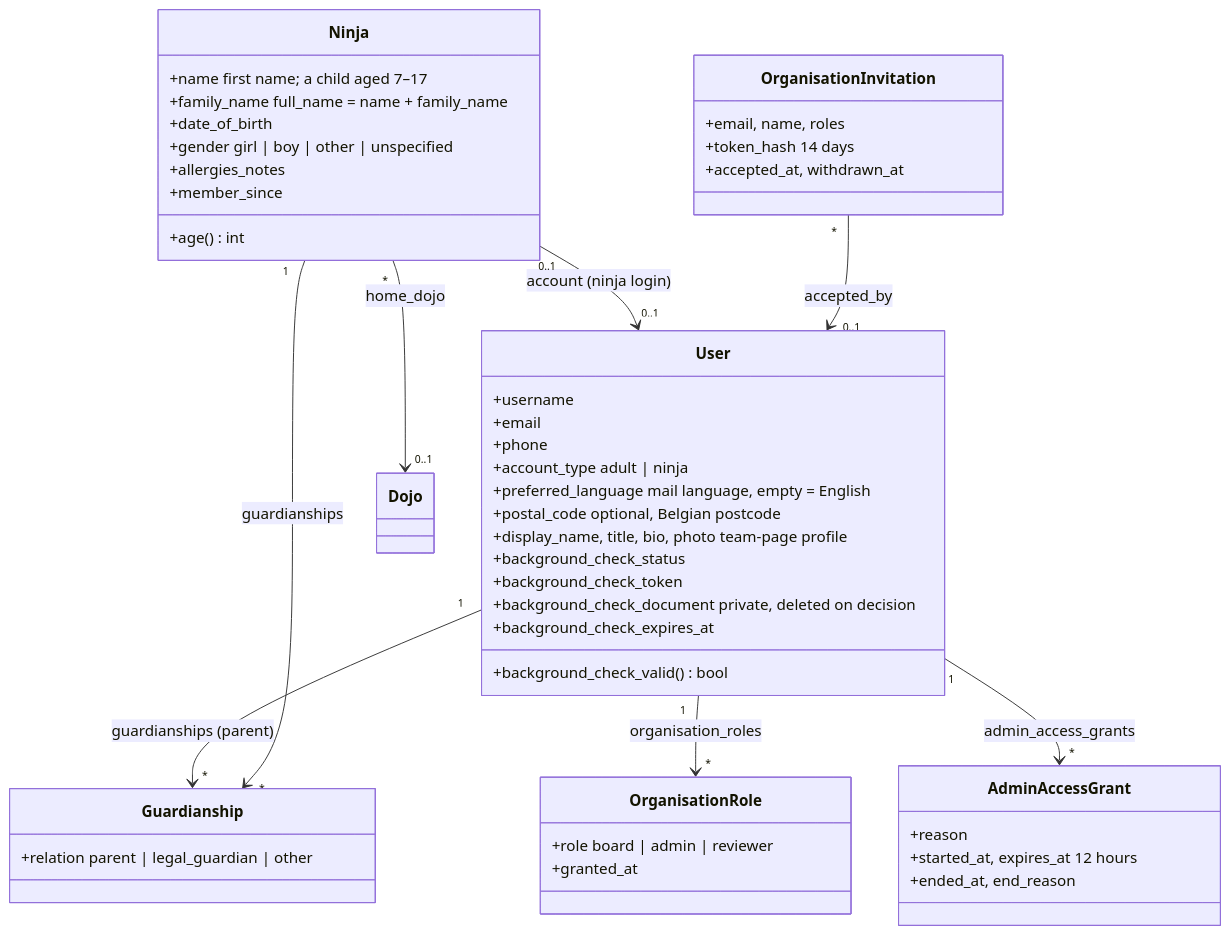
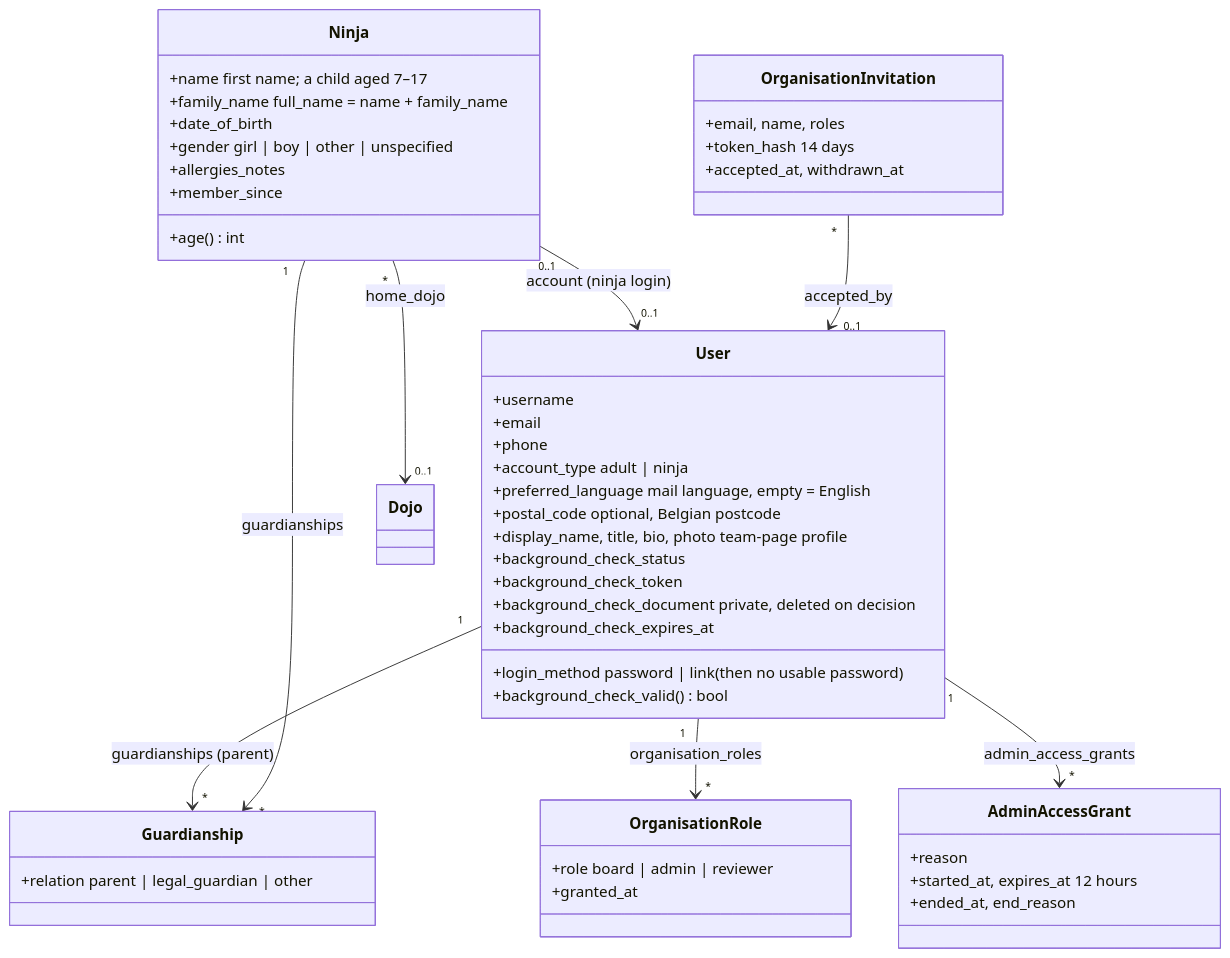
Before and after one commit to DoublG/coderdojo-event-registration: the second of 30 diagrams in DATA_MODEL.md, drawn with Mermaid. The commit also changed other lines of this file and 39 other files, not shown here.

````diff
--- a/DATA_MODEL.md
+++ b/DATA_MODEL.md
@@ -125,52 +128,53 @@
 ```mermaid
 classDiagram
     direction TB
     class User {
         +username
         +email
         +phone
         +account_type  adult | ninja
+        +login_method  password | link (then no usable password)
         +preferred_language  mail language, empty = English
         +postal_code  optional, Belgian postcode
         +display_name, title, bio, photo  team-page profile
         +background_check_status
         +background_check_token
         +background_check_document  private, deleted on decision
         +background_check_expires_at
         +background_check_valid() bool
     }
     class Guardianship {
         +relation  parent | legal_guardian | other
     }
     class Ninja {
         +name  first name; a child aged 7–17
         +family_name  full_name = name + family_name
         +date_of_birth
         +gender  girl | boy | other | unspecified
         +allergies_notes
         +member_since
         +age() int
     }
 
     User "1" --> "*" Guardianship : guardianships (parent)
     Ninja "1" --> "*" Guardianship : guardianships
     Ninja "0..1" --> "0..1" User : account (ninja login)
     Ninja "*" --> "0..1" Dojo : home_dojo
     class OrganisationRole {
         +role  board | admin | reviewer
         +granted_at
     }
     class AdminAccessGrant {
         +reason
         +started_at, expires_at  12 hours
         +ended_at, end_reason
     }
     class OrganisationInvitation {
         +email, name, roles
         +token_hash  14 days
         +accepted_at, withdrawn_at
     }
     User "1" --> "*" OrganisationRole : organisation_roles
     User "1" --> "*" AdminAccessGrant : admin_access_grants
     OrganisationInvitation "*" --> "0..1" User : accepted_by
 ```
````
